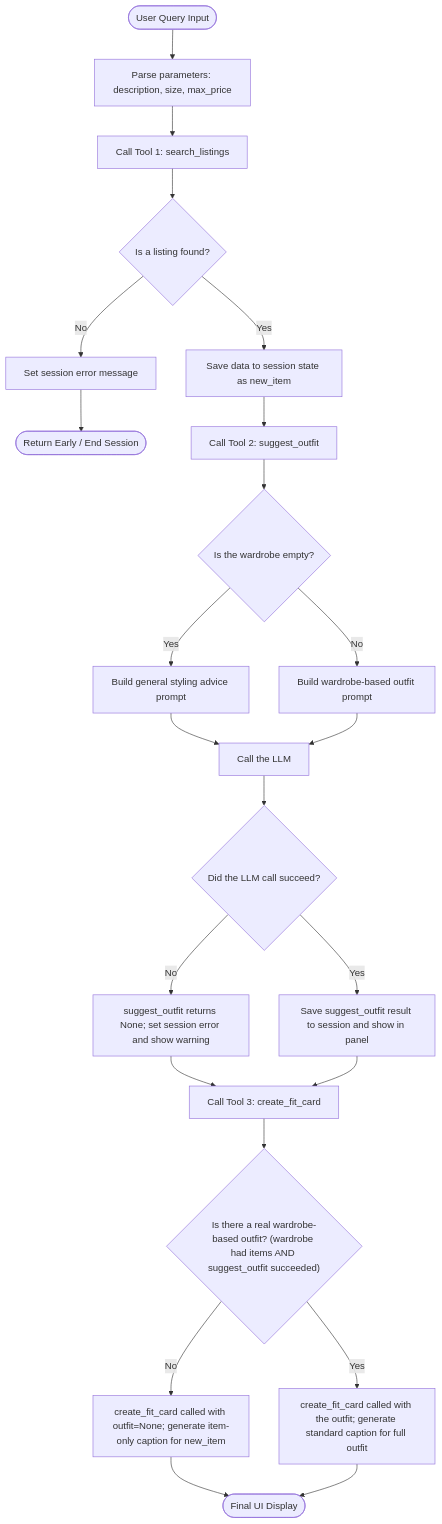
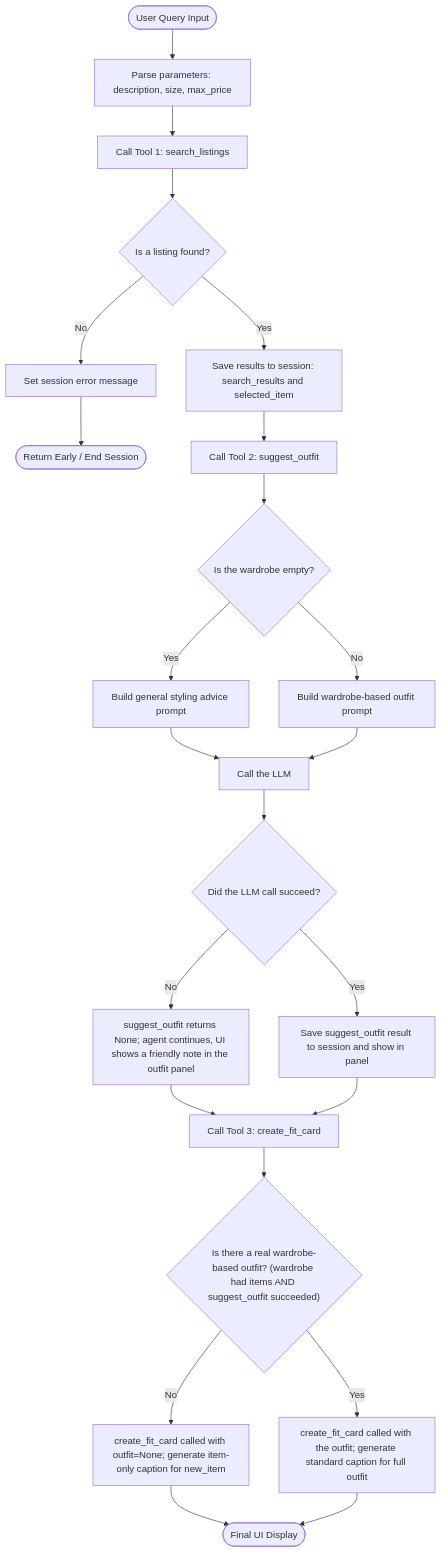
The diagram in planning.md (EmiEscu/ai201-project2-fitfindr-starter), drawn with Mermaid before and after one commit. The commit also changed other lines of this file, not shown here.

Commit message:
G: Diagram node fix, variable naming of session['new_item'] -> session['selected_iteme'], and consistent no-results error text.

````diff
--- a/planning.md
+++ b/planning.md
@@ -209,31 +217,31 @@
 ```mermaid
 flowchart TD
     %% Query Phase
     Start([User Query Input]) --> Parse[Parse parameters: description, size, max_price]
     Parse --> T1[Call Tool 1: search_listings]
     
     %% Decision 1: Search Results
     T1 --> Dec1{Is a listing found?}
     
     Dec1 -- No --> Err1[Set session error message] --> EndEarly([Return Early / End Session])
     
-    Dec1 -- Yes --> SaveT1[Save data to session state as new_item] --> T2[Call Tool 2: suggest_outfit]
+    Dec1 -- Yes --> SaveT1[Save results to session: search_results and selected_item] --> T2[Call Tool 2: suggest_outfit]
     
     %% Decision 2: Outfit Generation
     T2 --> Dec2{Is the wardrobe empty?}
 
     Dec2 -- Yes --> PromptA[Build general styling advice prompt]
     Dec2 -- No --> PromptB[Build wardrobe-based outfit prompt]
     PromptA --> LLM[Call the LLM]
     PromptB --> LLM
 
     LLM --> Dec2b{Did the LLM call succeed?}
-    Dec2b -- No --> FailT2["suggest_outfit returns None; set session error and show warning"] --> T3[Call Tool 3: create_fit_card]
+    Dec2b -- No --> FailT2["suggest_outfit returns None; agent continues, UI shows a friendly note in the outfit panel"] --> T3[Call Tool 3: create_fit_card]
     Dec2b -- Yes --> SaveT2["Save suggest_outfit result to session and show in panel"] --> T3
 
     %% Decision 3: Fit Card Customization
     T3 --> Dec3{"Is there a real wardrobe-based outfit? (wardrobe had items AND suggest_outfit succeeded)"}
     
     Dec3 -- No --> Capt1["create_fit_card called with outfit=None; generate item-only caption for new_item"] --> UI([Final UI Display])
     Dec3 -- Yes --> Capt2["create_fit_card called with the outfit; generate standard caption for full outfit"] --> UI
 ```
````
